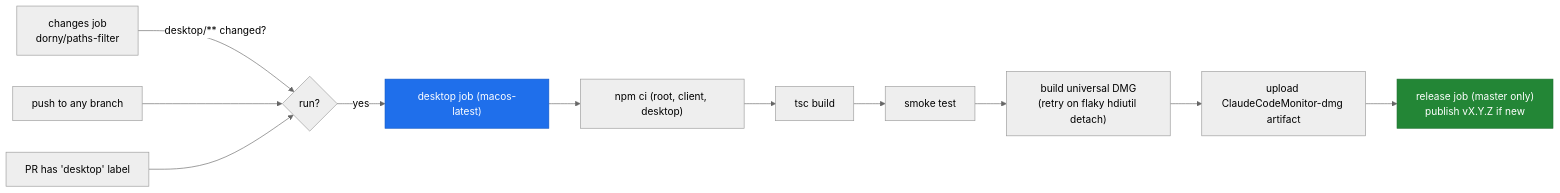
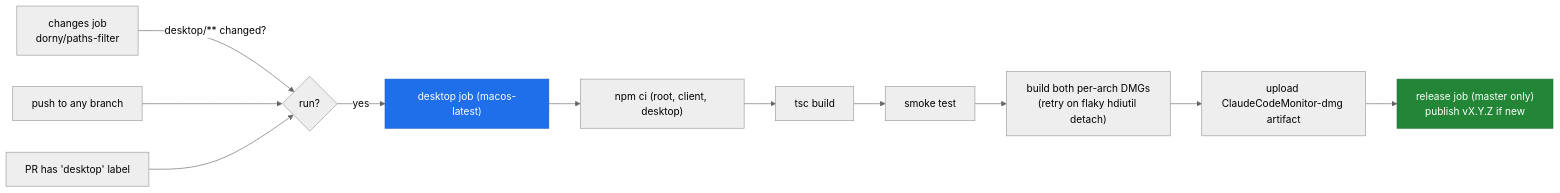
Before and after one commit to hoangsonww/Claude-Code-Agent-Monitor: diagram 13 of 14 in desktop/README.md, drawn with Mermaid (neutral theme). The commit also changed other lines of this file and 11 other files, not shown here.

````diff
--- a/desktop/README.md
+++ b/desktop/README.md
@@ -675,16 +672,16 @@
 ```mermaid
 flowchart LR
     ch["changes job<br/>dorny/paths-filter"] -->|"desktop/** changed?"| gate{run?}
     push["push to any branch"] --> gate
     label["PR has 'desktop' label"] --> gate
     gate -->|yes| job["desktop job (macos-latest)"]
     job --> j1["npm ci (root, client, desktop)"]
     j1 --> j2["tsc build"]
     j2 --> j3["smoke test"]
-    j3 --> j4["build universal DMG<br/>(retry on flaky hdiutil detach)"]
+    j3 --> j4["build both per-arch DMGs<br/>(retry on flaky hdiutil detach)"]
     j4 --> j5["upload ClaudeCodeMonitor-dmg artifact"]
     j5 --> rel["release job (master only)<br/>publish vX.Y.Z if new"]
 
     style job fill:#1f6feb,stroke:#1158c7,color:#fff
     style rel fill:#238636,stroke:#1a6e2c,color:#fff
 ```
````
